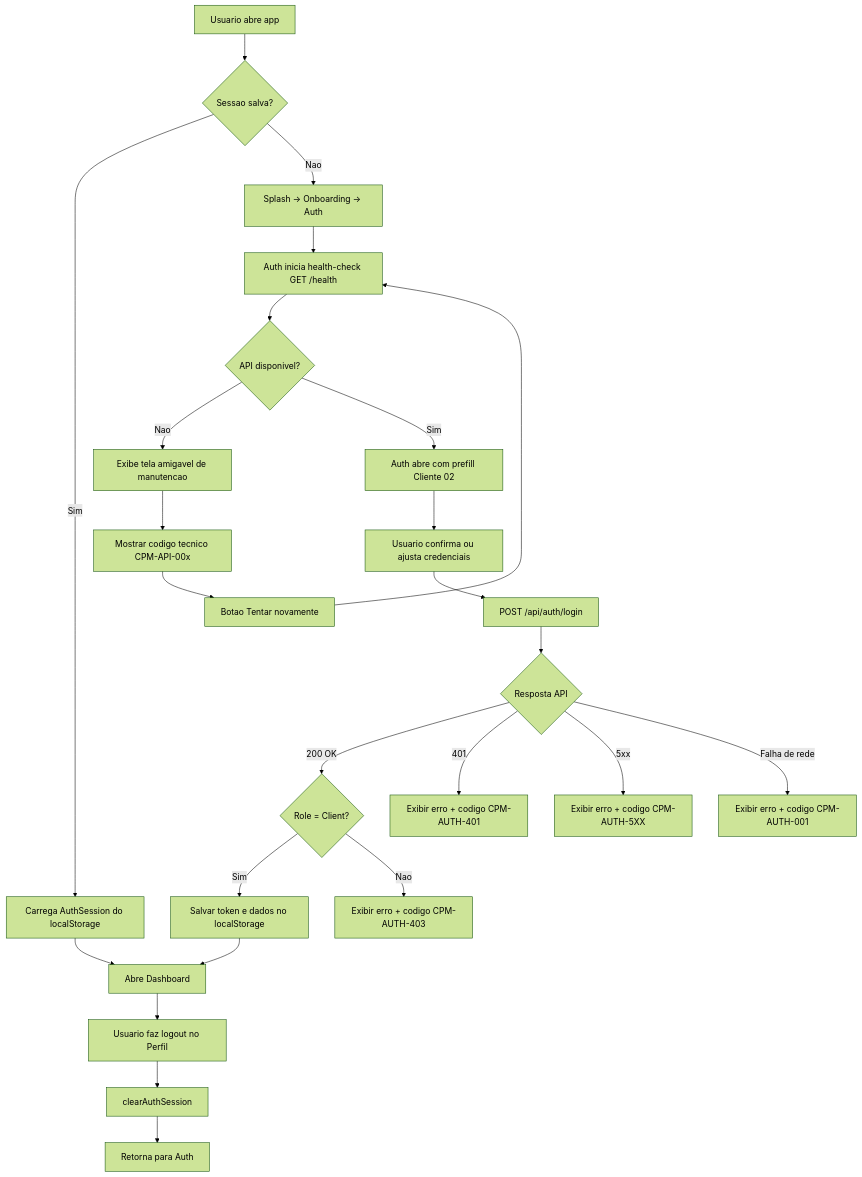
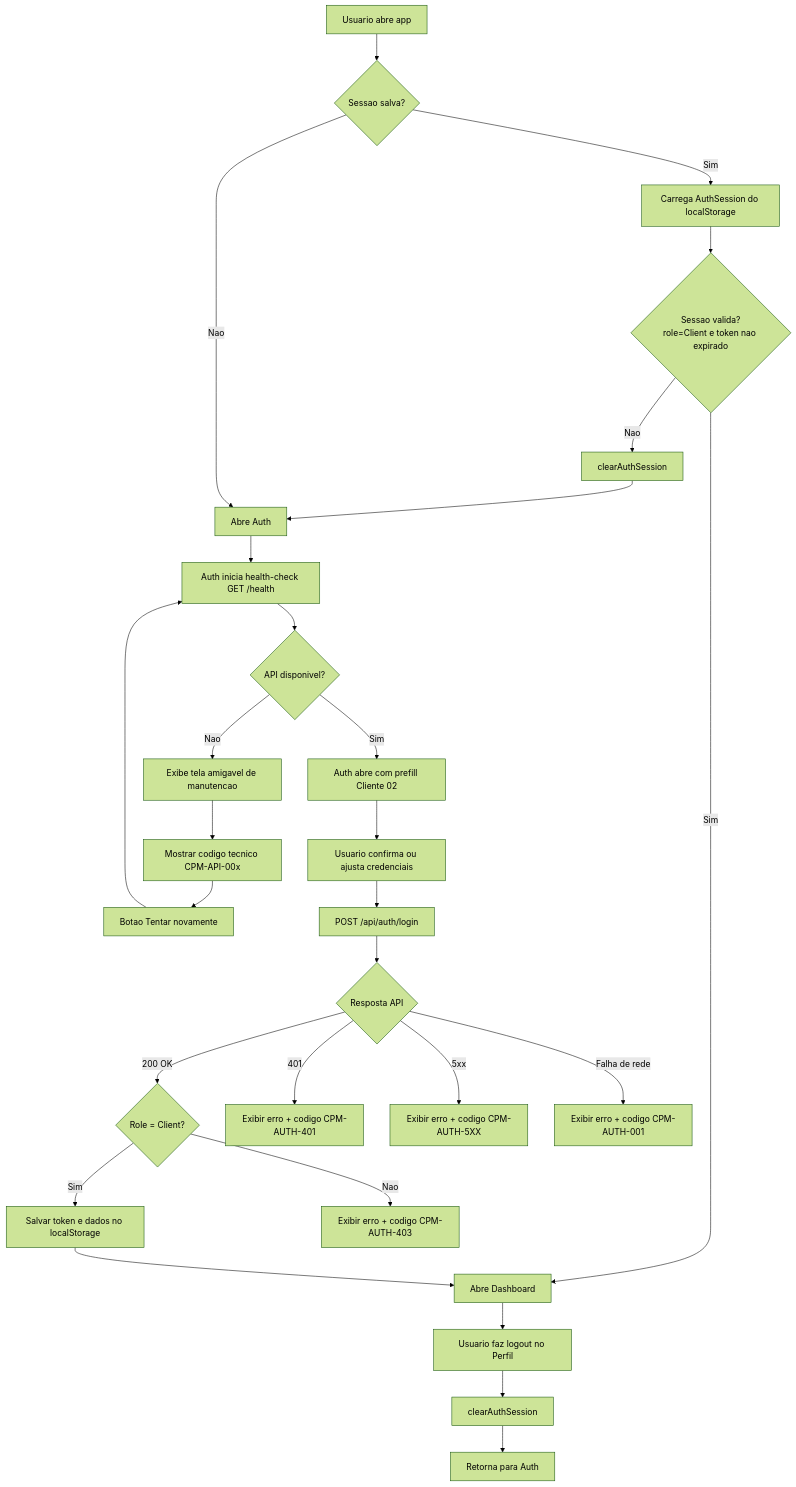
Before and after one commit to leonardomendes201704/ConsertaPraMim: the diagram in Documentacao/DIAGRAMAS/CONSUMER_APP_WEB/APP-002-login-email-senha-api/fluxo-login-email-senha-api.mmd, drawn with Mermaid (forest theme). The commit also changed 9 other files, not shown here.

```diff
--- a/Documentacao/DIAGRAMAS/CONSUMER_APP_WEB/APP-002-login-email-senha-api/fluxo-login-email-senha-api.mmd
+++ b/Documentacao/DIAGRAMAS/CONSUMER_APP_WEB/APP-002-login-email-senha-api/fluxo-login-email-senha-api.mmd
@@ -1,31 +1,35 @@
 flowchart TD
     A[Usuario abre app] --> B{Sessao salva?}
     B -->|Sim| C[Carrega AuthSession do localStorage]
-    C --> D[Abre Dashboard]
+    C --> C1{Sessao valida?
+role=Client e token nao expirado}
+    C1 -->|Sim| D[Abre Dashboard]
+    C1 -->|Nao| C2[clearAuthSession]
+    C2 --> E
 
-    B -->|Nao| E[Splash -> Onboarding -> Auth]
+    B -->|Nao| E[Abre Auth]
     E --> F[Auth inicia health-check GET /health]
     F --> G{API disponivel?}
 
     G -->|Nao| H[Exibe tela amigavel de manutencao]
     H --> H1[Mostrar codigo tecnico CPM-API-00x]
     H1 --> H2[Botao Tentar novamente]
     H2 --> F
 
     G -->|Sim| I[Auth abre com prefill Cliente 02]
     I --> J[Usuario confirma ou ajusta credenciais]
     J --> K[POST /api/auth/login]
 
     K --> L{Resposta API}
     L -->|200 OK| M{Role = Client?}
     M -->|Sim| N[Salvar token e dados no localStorage]
     N --> D
     M -->|Nao| O[Exibir erro + codigo CPM-AUTH-403]
 
     L -->|401| P[Exibir erro + codigo CPM-AUTH-401]
     L -->|5xx| Q[Exibir erro + codigo CPM-AUTH-5XX]
     L -->|Falha de rede| R[Exibir erro + codigo CPM-AUTH-001]
 
     D --> S[Usuario faz logout no Perfil]
     S --> T[clearAuthSession]
     T --> U[Retorna para Auth]
```
